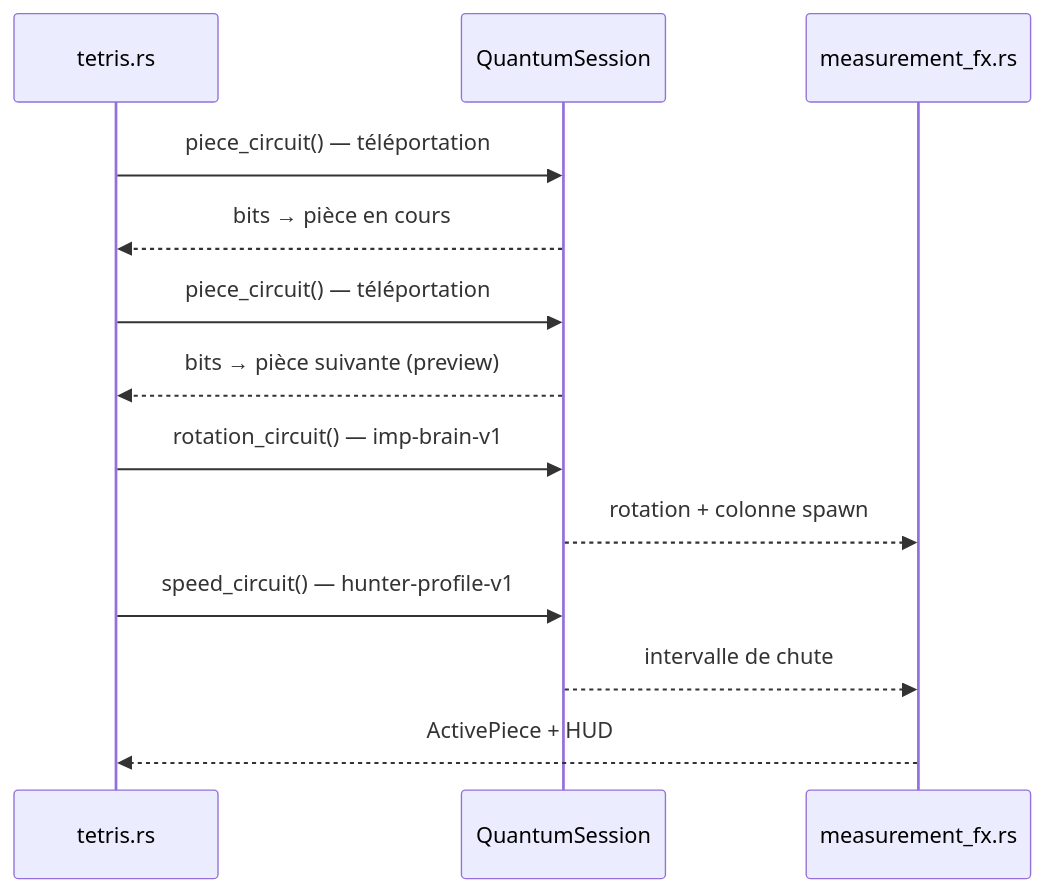
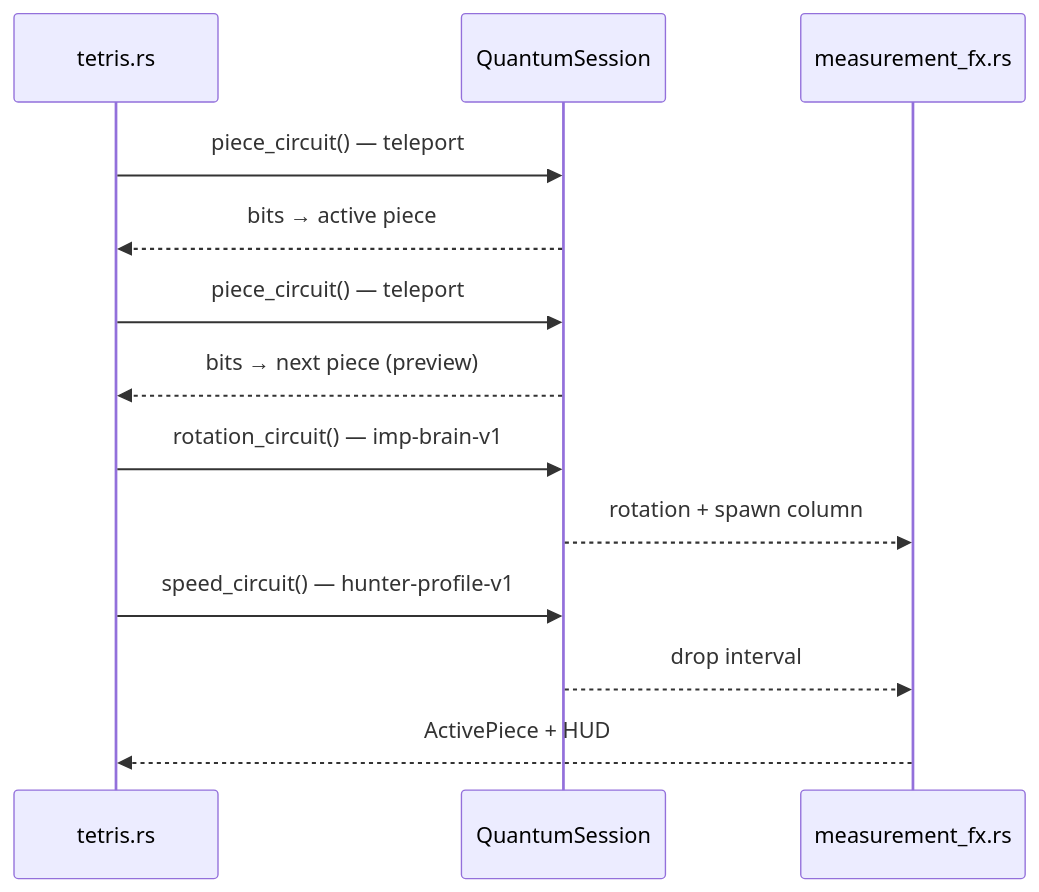
Before and after one commit to thepriben/quantum-tetris: the second of 2 diagrams in README.md, drawn with Mermaid. The commit also changed other lines of this file and 11 other files, not shown here.

````diff
--- a/README.md
+++ b/README.md
@@ -55,16 +139,16 @@
 ```mermaid
 sequenceDiagram
   participant T as tetris.rs
   participant Q as QuantumSession
   participant M as measurement_fx.rs
 
-  T->>Q: piece_circuit() — téléportation #1
-  Q-->>T: bits → pièce en cours
-  T->>Q: piece_circuit() — téléportation #2
-  Q-->>T: bits → pièce suivante (preview)
+  T->>Q: piece_circuit() — teleport #1
+  Q-->>T: bits → active piece
+  T->>Q: piece_circuit() — teleport #2
+  Q-->>T: bits → next piece (preview)
   T->>Q: rotation_circuit() — imp-brain-v1
-  Q-->>M: rotation + colonne spawn
+  Q-->>M: rotation + spawn column
   T->>Q: speed_circuit() — hunter-profile-v1
-  Q-->>M: intervalle de chute
+  Q-->>M: drop interval
   M-->>T: ActivePiece + HUD
 ```
````
